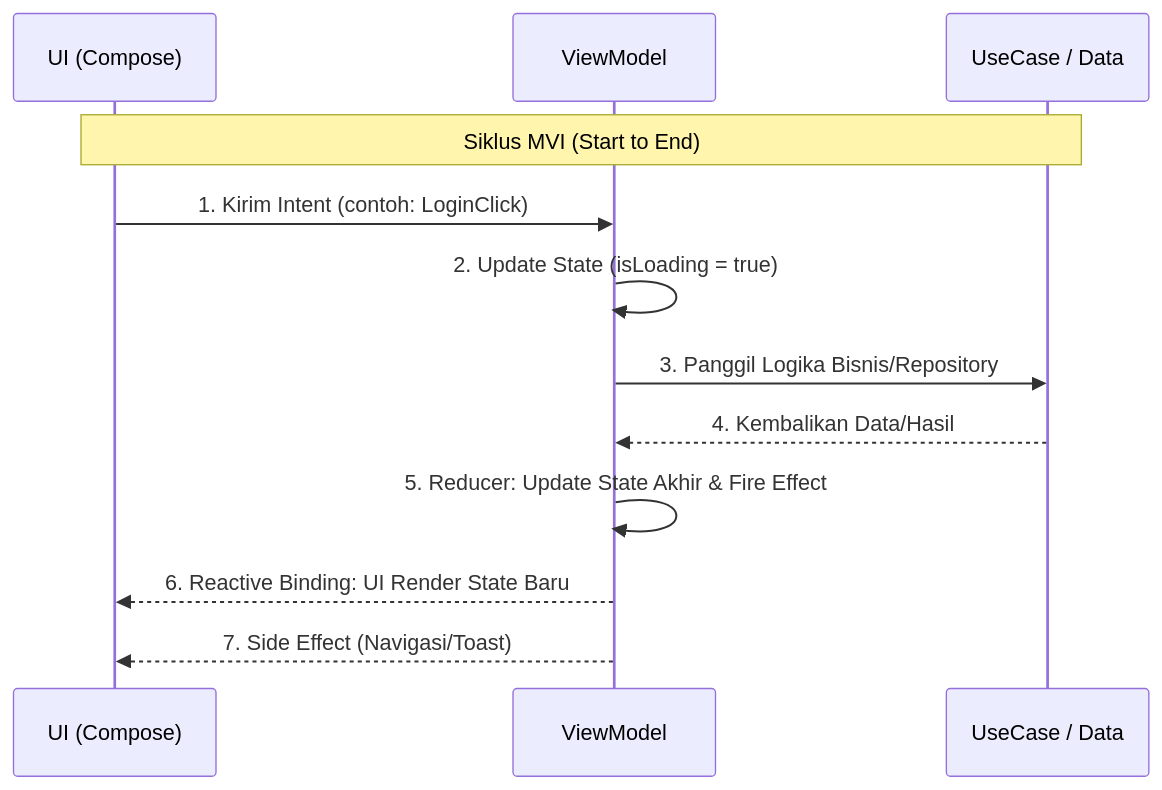
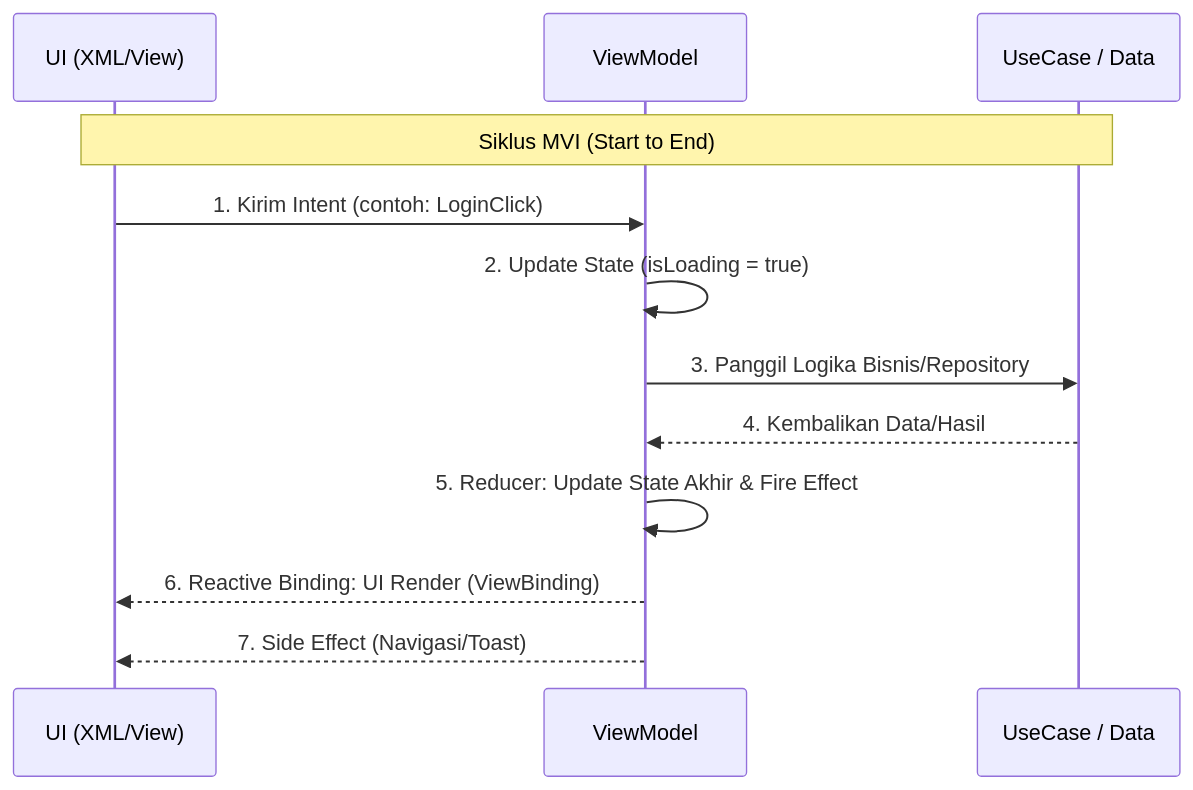
One commit to muharifandi/compose-mvi changed the first of 2 diagrams in README.md. Above: the diagram before and after it, drawn with Mermaid. The commit also changed other lines of this file and 26 other files, not shown here.

Commit message:
feat: migrate core design system and baseline features to XML/View system

````diff
--- a/README.md
+++ b/README.md
@@ -19,15 +19,15 @@
 ```mermaid
 sequenceDiagram
-    participant UI as UI (Compose)
+    participant UI as UI (XML/View)
     participant VM as ViewModel
     participant UC as UseCase / Data
     
     Note over UI, UC: Siklus MVI (Start to End)
     UI->>VM: 1. Kirim Intent (contoh: LoginClick)
     VM->>VM: 2. Update State (isLoading = true)
     VM->>UC: 3. Panggil Logika Bisnis/Repository
     UC-->>VM: 4. Kembalikan Data/Hasil
     VM->>VM: 5. Reducer: Update State Akhir & Fire Effect
-    VM-->>UI: 6. Reactive Binding: UI Render State Baru
+    VM-->>UI: 6. Reactive Binding: UI Render (ViewBinding)
     VM-->>UI: 7. Side Effect (Navigasi/Toast)
 ```
````
